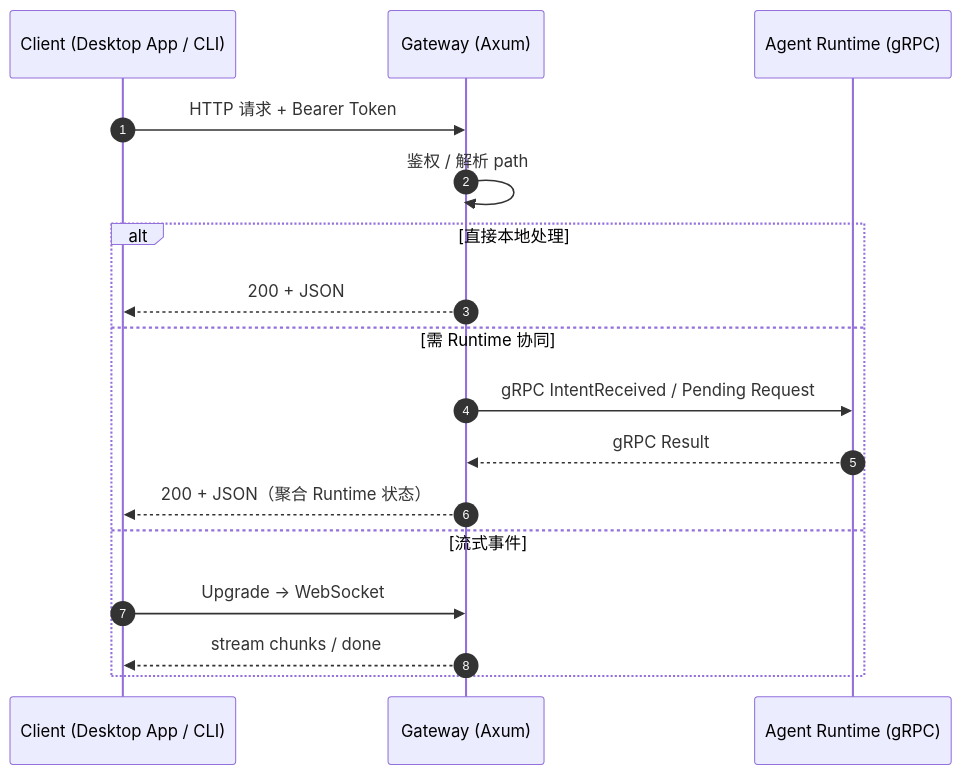
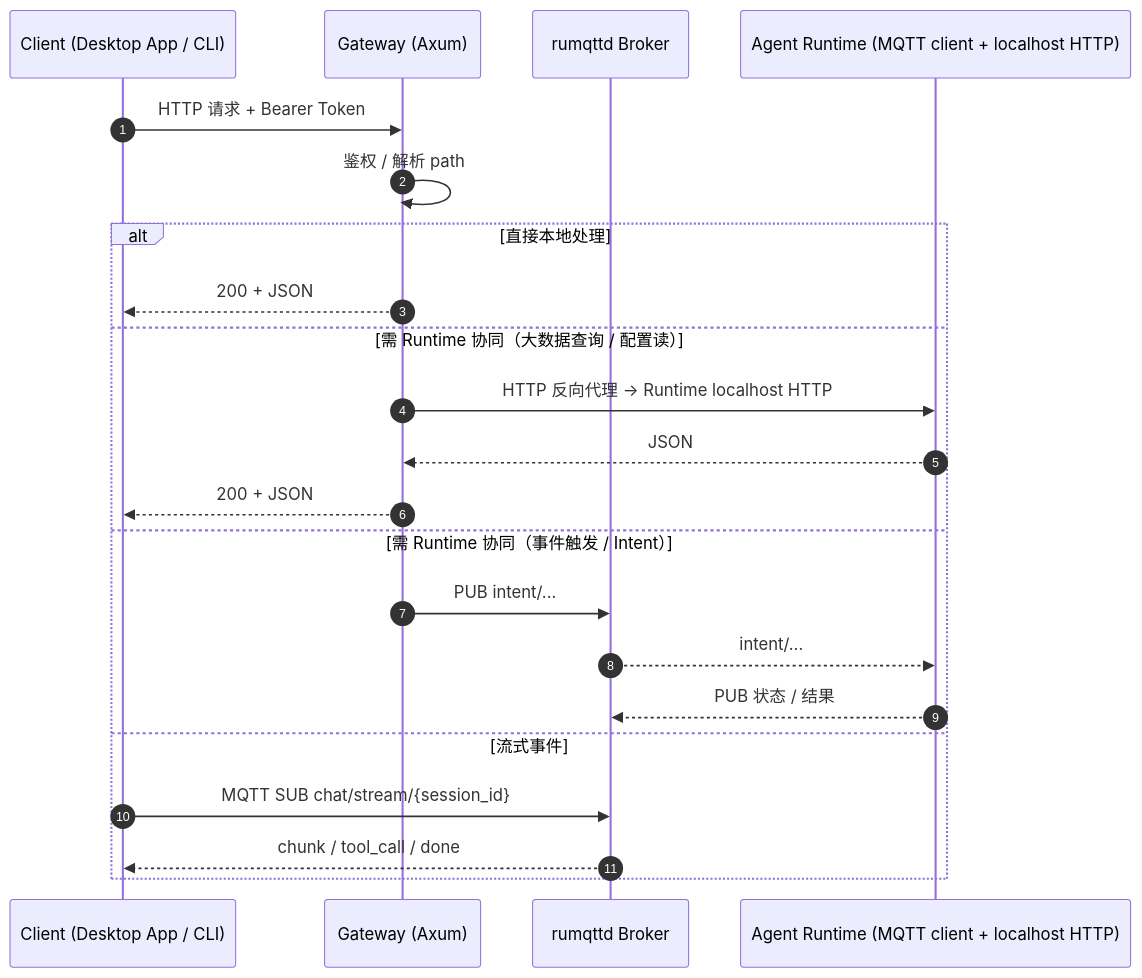
The diagram in docs/zh/protocols/http.md (tranxon/ACowork), drawn with Mermaid before and after one commit. The commit also changed other lines of this file and 4 other files, not shown here.

````diff
--- a/docs/zh/protocols/http.md
+++ b/docs/zh/protocols/http.md
@@ -21,20 +21,25 @@
 ```mermaid
 sequenceDiagram
     autonumber
     participant C as Client (Desktop App / CLI)
     participant G as Gateway (Axum)
-    participant RT as Agent Runtime (gRPC)
+    participant B as rumqttd Broker
+    participant RT as Agent Runtime (MQTT client + localhost HTTP)
 
     C->>G: HTTP 请求 + Bearer Token
     G->>G: 鉴权 / 解析 path
     alt 直接本地处理
         G-->>C: 200 + JSON
-    else 需 Runtime 协同
-        G->>RT: gRPC IntentReceived / Pending Request
-        RT-->>G: gRPC Result
-        G-->>C: 200 + JSON（聚合 Runtime 状态）
+    else 需 Runtime 协同（大数据查询 / 配置读）
+        G->>RT: HTTP 反向代理 → Runtime localhost HTTP
+        RT-->>G: JSON
+        G-->>C: 200 + JSON
+    else 需 Runtime 协同（事件触发 / Intent）
+        G->>B: PUB intent/...
+        B-->>RT: intent/...
+        RT-->>B: PUB 状态 / 结果
     else 流式事件
-        C->>G: Upgrade → WebSocket
-        G-->>C: stream chunks / done
+        C->>B: MQTT SUB chat/stream/{session_id}
+        B-->>C: chunk / tool_call / done
     end
 ```
````
